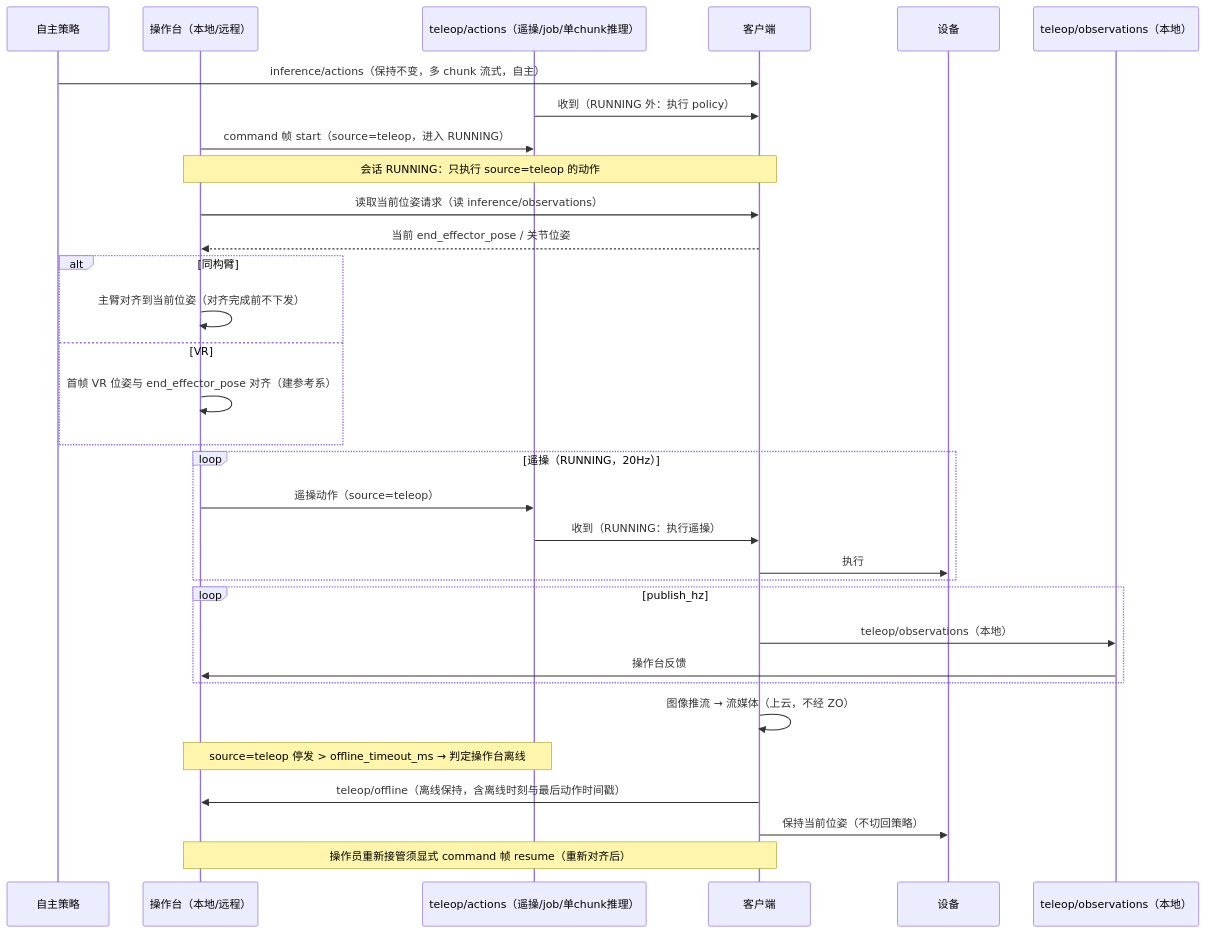
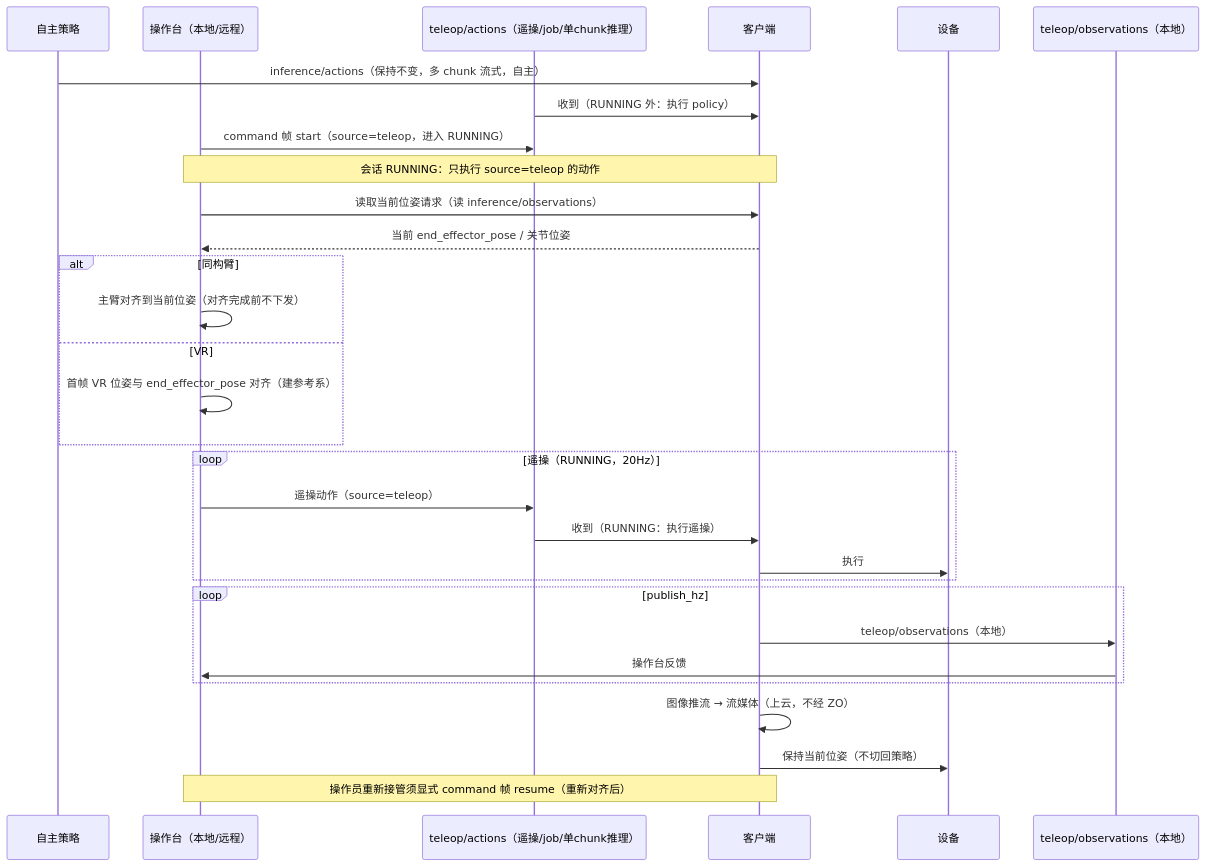
The diagram in docs/design/r2c-teleop-data-collection-design.md (vincentguiling/cloudrobo-sdk-client), drawn with Mermaid before and after one commit. The commit also changed other lines of this file, not shown here.

````diff
--- a/docs/design/r2c-teleop-data-collection-design.md
+++ b/docs/design/r2c-teleop-data-collection-design.md
@@ -143,35 +140,33 @@
 ```mermaid
 sequenceDiagram
     participant P as 自主策略
     participant O as 操作台（本地/远程）
     participant ZA as teleop/actions（遥操/job/单chunk推理）
     participant C as 客户端
     participant F as 设备
     participant ZO as teleop/observations（本地）
 
     P->>C: inference/actions（保持不变，多 chunk 流式，自主）
     ZA->>C: 收到（RUNNING 外：执行 policy）
     O->>ZA: command 帧 start（source=teleop，进入 RUNNING）
     Note over O,C: 会话 RUNNING：只执行 source=teleop 的动作
     O->>C: 读取当前位姿请求（读 inference/observations）
     C-->>O: 当前 end_effector_pose / 关节位姿
     alt 同构臂
         O->>O: 主臂对齐到当前位姿（对齐完成前不下发）
     else VR
         O->>O: 首帧 VR 位姿与 end_effector_pose 对齐（建参考系）
     end
     loop 遥操（RUNNING，20Hz）
         O->>ZA: 遥操动作（source=teleop）
         ZA->>C: 收到（RUNNING：执行遥操）
         C->>F: 执行
     end
     loop publish_hz
         C->>ZO: teleop/observations（本地）
         ZO->>O: 操作台反馈
     end
     C->>C: 图像推流 → 流媒体（上云，不经 ZO）
-    Note over O,ZA: source=teleop 停发 > offline_timeout_ms → 判定操作台离线
-    C->>O: teleop/offline（离线保持，含离线时刻与最后动作时间戳）
     C->>F: 保持当前位姿（不切回策略）
     Note over O,C: 操作员重新接管须显式 command 帧 resume（重新对齐后）
 ```
````
